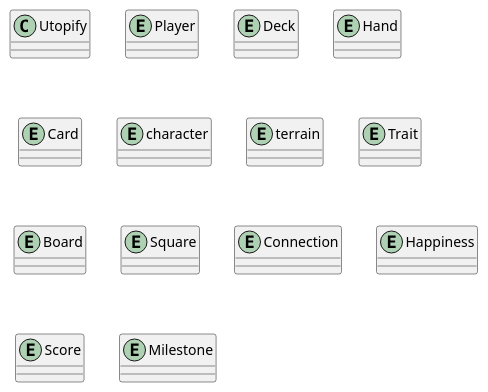
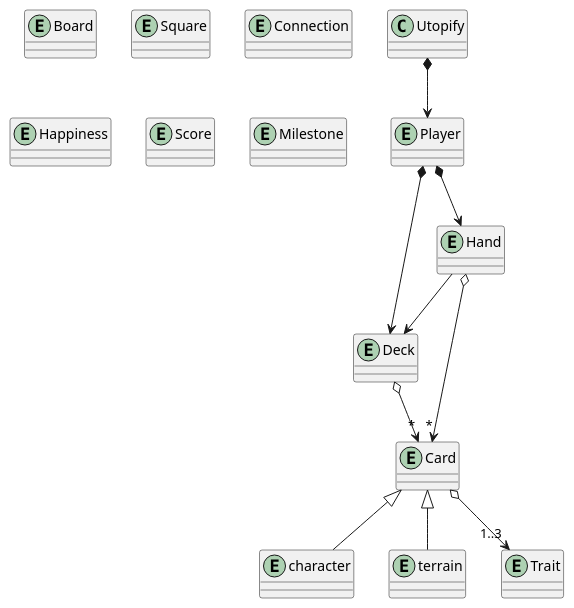
The diagram in Diagrams/UML/DomainModel.puml (Juan-Albert/Utopify), drawn with PlantUML before and after one commit.

Commit message:
feat(Diagrams): player has a deck and a hand with cards and any card, terrain or character, has traits

```diff
--- a/Diagrams/UML/DomainModel.puml
+++ b/Diagrams/UML/DomainModel.puml
@@ -1,18 +1,28 @@
 @startuml
 
 class Utopify
 entity Player
 entity Deck
 entity Hand
 entity Card
 entity character
 entity terrain
 entity Trait
 entity Board
 entity Square
 entity Connection
 entity Happiness
 entity Score
 entity Milestone
 
+Utopify *--> Player
+Player *--> Deck
+Player *--> Hand
+Hand --> Deck
+Hand o--> "*" Card
+Deck o--> "*" Card
+Card o--> "1..3" Trait
+Card <|-- character
+Card <|-- terrain
+ 
 @enduml
```
